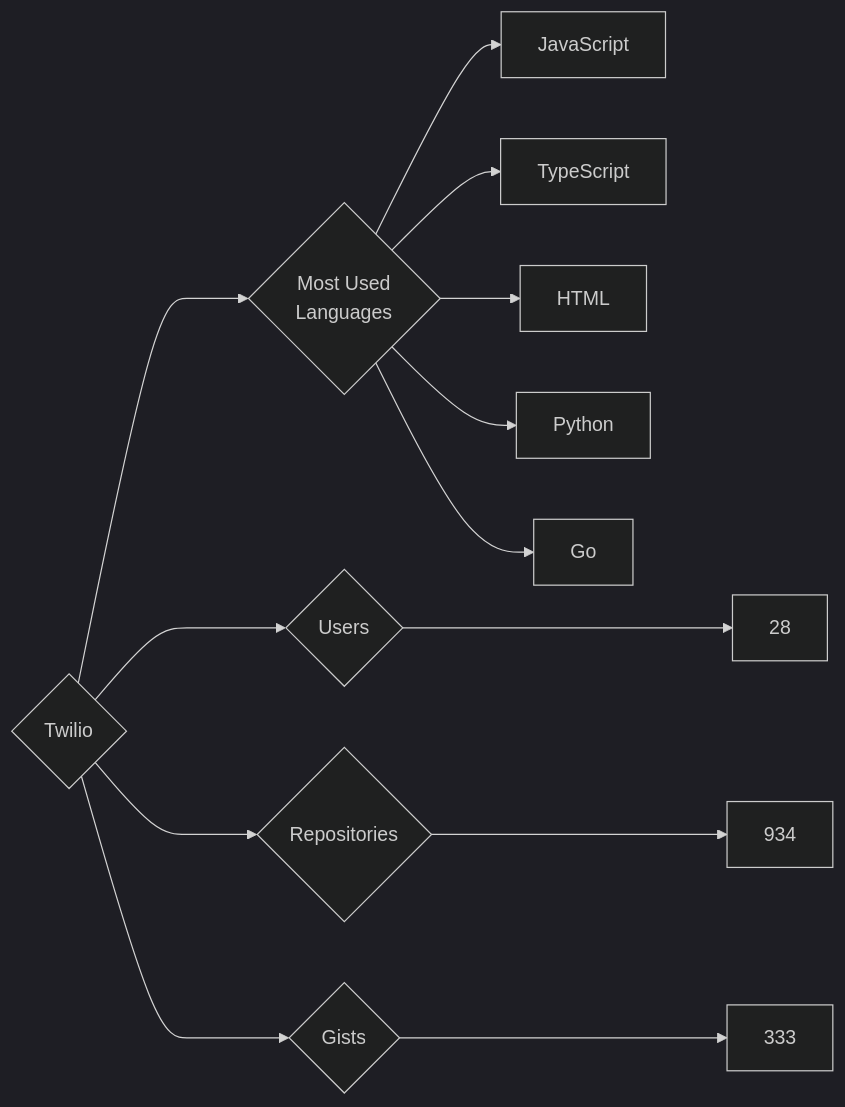
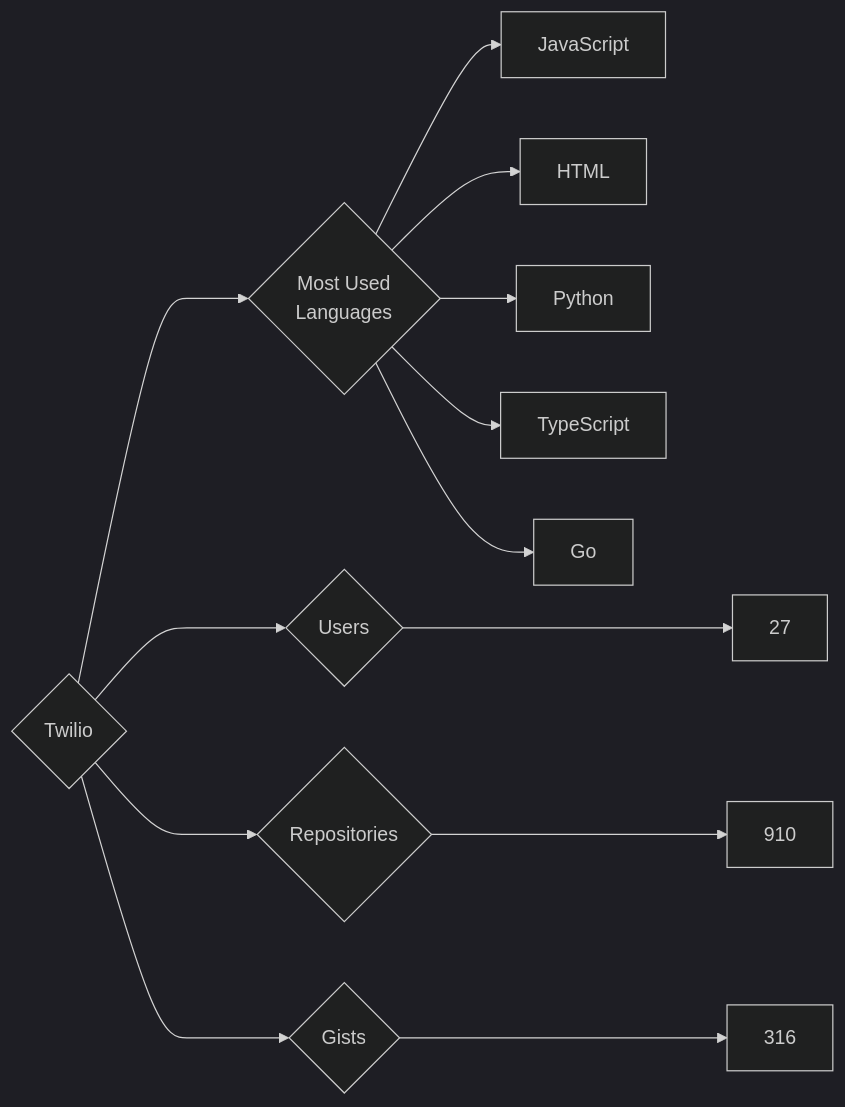
Before and after one commit to trickest/insiders: the diagram in targets/Twilio/README.md, drawn with Mermaid (dark theme). The commit also changed 715 other files, not shown here.

````diff
--- a/targets/Twilio/README.md
+++ b/targets/Twilio/README.md
@@ -3,13 +3,13 @@
 ```mermaid
 graph LR
 COMPANY_NAME{Twilio}
-COMPANY_NAME ---> U{Users} ---> UN[28]
-COMPANY_NAME ---> R{Repositories} ---> RN[934]
-COMPANY_NAME ---> G{Gists} ---> GN[333]
+COMPANY_NAME ---> U{Users} ---> UN[27]
+COMPANY_NAME ---> R{Repositories} ---> RN[910]
+COMPANY_NAME ---> G{Gists} ---> GN[316]
 COMPANY_NAME ---> ML{Most Used<br>Languages}
 ML --> JavaScript[JavaScript]
-ML --> TypeScript[TypeScript]
 ML --> HTML[HTML]
 ML --> Python[Python]
+ML --> TypeScript[TypeScript]
 ML --> Go[Go]
 ```
````
